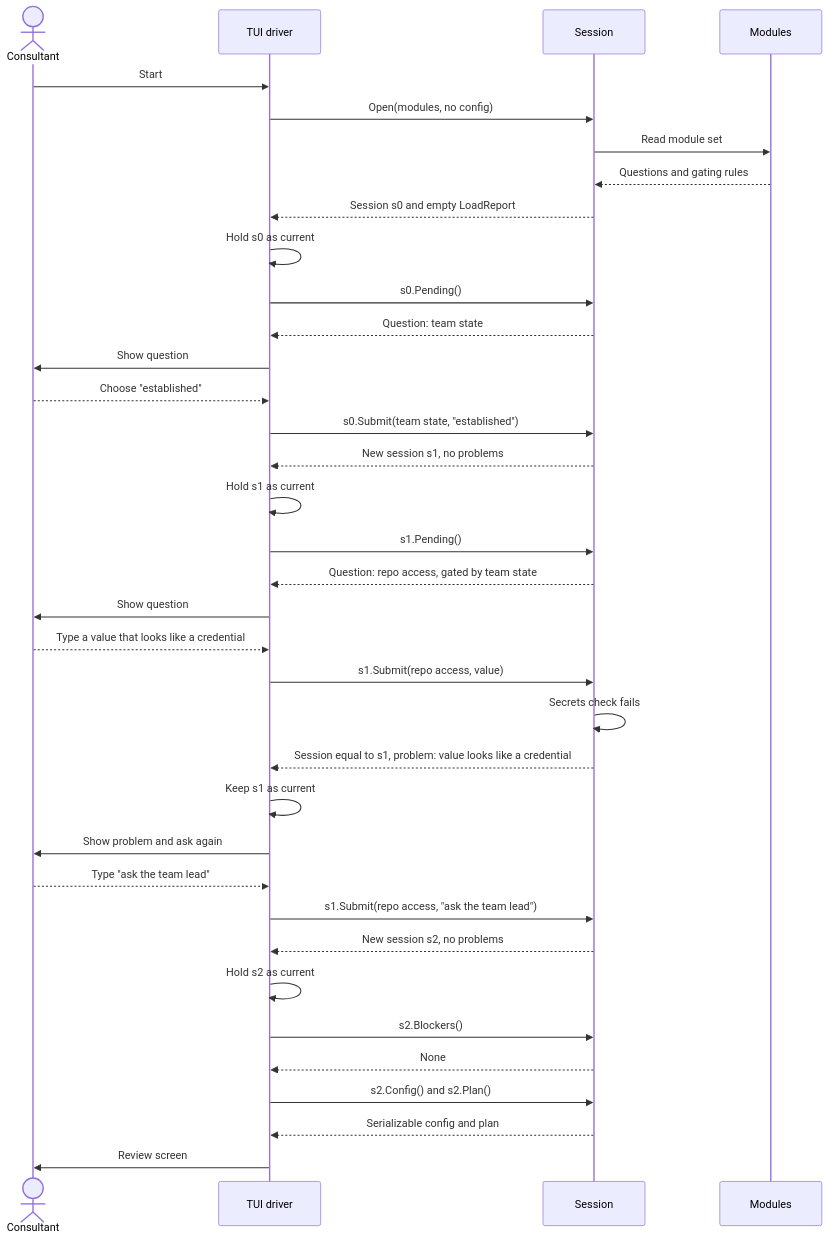
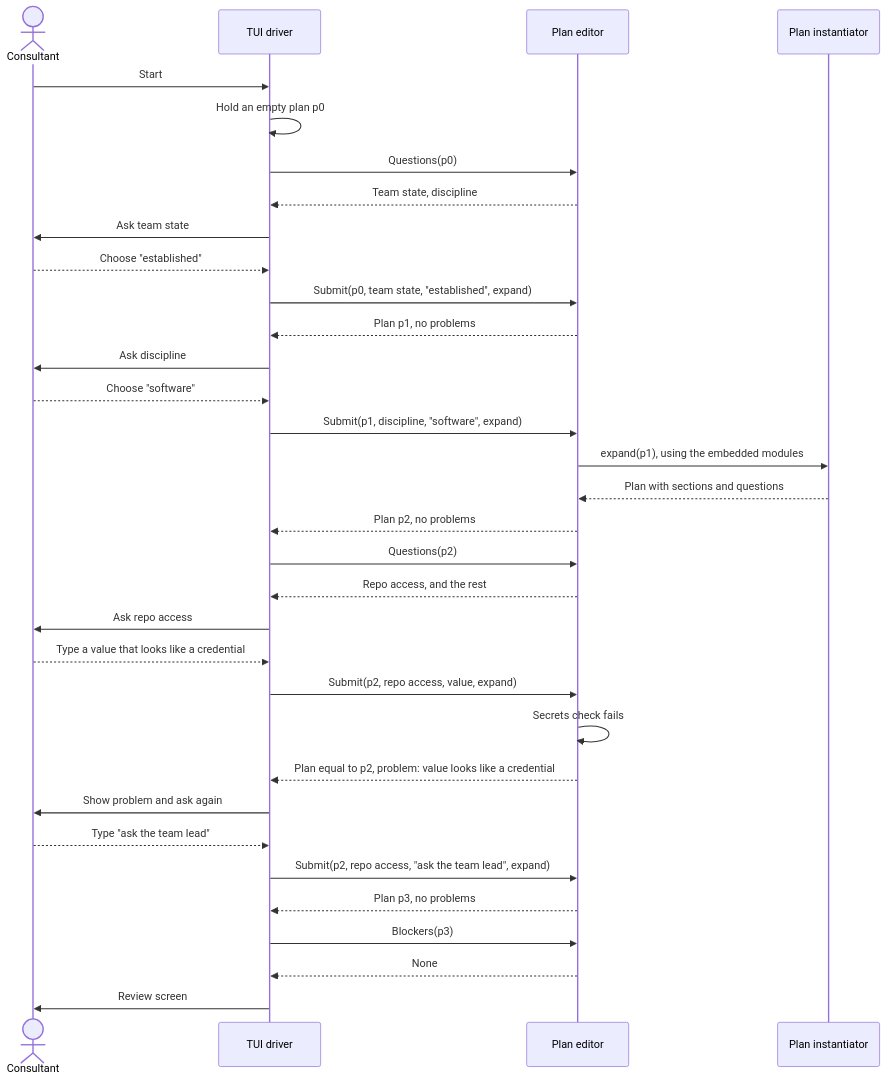
Before and after one commit to 8thlight-daveloper/onboard-kit: the third of 4 diagrams in docs/decisions/0010-plan-editor.md, drawn with Mermaid. The commit also changed other lines of this file, not shown here.

Commit message:
Rewrite the session ADR as a plan editor ADR with plain-function design

````diff
--- a/docs/decisions/0010-plan-editor.md
+++ b/docs/decisions/0010-plan-editor.md
@@ -239,42 +246,39 @@
 ```mermaid
 sequenceDiagram
     actor C as Consultant
     participant T as TUI driver
-    participant E as Session
-    participant M as Modules
+    participant E as Plan editor
+    participant I as Plan instantiator
 
     C->>T: Start
-    T->>E: Open(modules, no config)
-    E->>M: Read module set
-    M-->>E: Questions and gating rules
-    E-->>T: Session s0 and empty LoadReport
-    T->>T: Hold s0 as current
+    T->>T: Hold an empty plan p0
 
-    T->>E: s0.Pending()
-    E-->>T: Question: team state
-    T->>C: Show question
+    T->>E: Questions(p0)
+    E-->>T: Team state, discipline
+    T->>C: Ask team state
     C-->>T: Choose "established"
-    T->>E: s0.Submit(team state, "established")
-    E-->>T: New session s1, no problems
-    T->>T: Hold s1 as current
+    T->>E: Submit(p0, team state, "established", expand)
+    E-->>T: Plan p1, no problems
+    T->>C: Ask discipline
+    C-->>T: Choose "software"
+    T->>E: Submit(p1, discipline, "software", expand)
+    E->>I: expand(p1), using the embedded modules
+    I-->>E: Plan with sections and questions
+    E-->>T: Plan p2, no problems
 
-    T->>E: s1.Pending()
-    E-->>T: Question: repo access, gated by team state
-    T->>C: Show question
+    T->>E: Questions(p2)
+    E-->>T: Repo access, and the rest
+    T->>C: Ask repo access
     C-->>T: Type a value that looks like a credential
-    T->>E: s1.Submit(repo access, value)
+    T->>E: Submit(p2, repo access, value, expand)
     E->>E: Secrets check fails
-    E-->>T: Session equal to s1, problem: value looks like a credential
-    T->>T: Keep s1 as current
+    E-->>T: Plan equal to p2, problem: value looks like a credential
     T->>C: Show problem and ask again
     C-->>T: Type "ask the team lead"
-    T->>E: s1.Submit(repo access, "ask the team lead")
-    E-->>T: New session s2, no problems
-    T->>T: Hold s2 as current
+    T->>E: Submit(p2, repo access, "ask the team lead", expand)
+    E-->>T: Plan p3, no problems
 
-    T->>E: s2.Blockers()
+    T->>E: Blockers(p3)
     E-->>T: None
-    T->>E: s2.Config() and s2.Plan()
-    E-->>T: Serializable config and plan
     T->>C: Review screen
 ```
````
